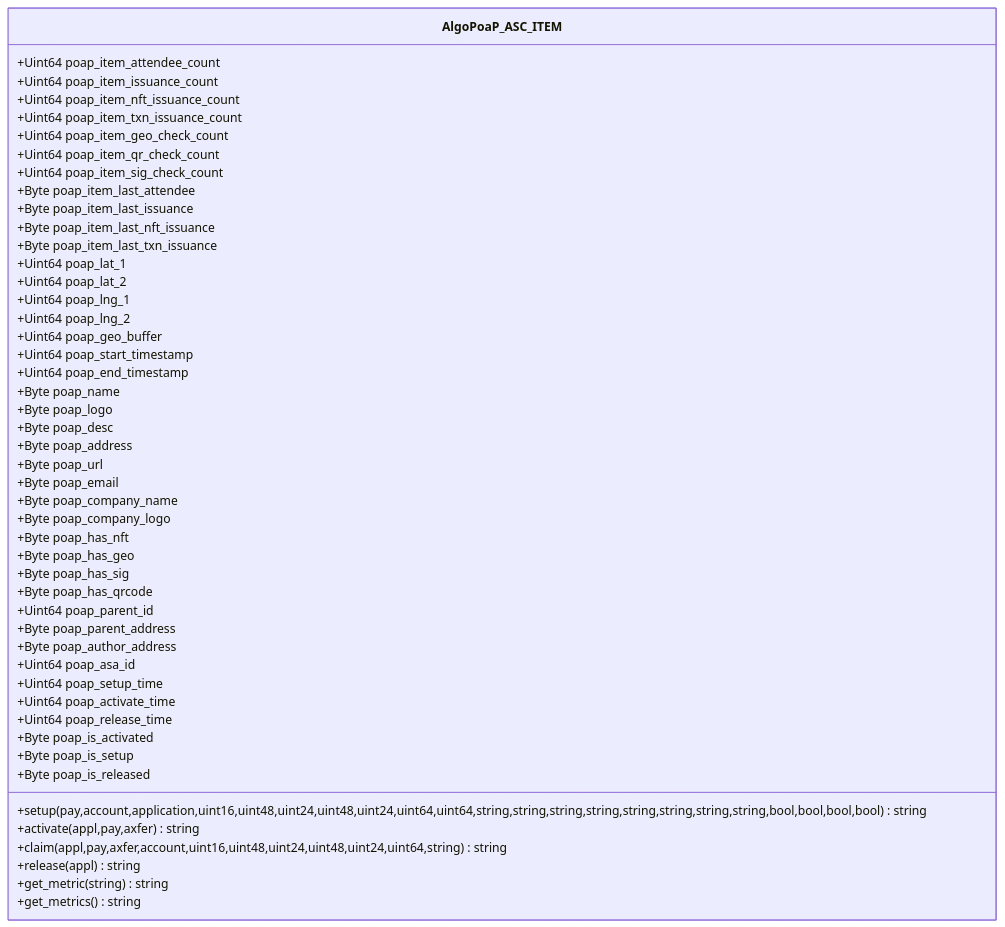
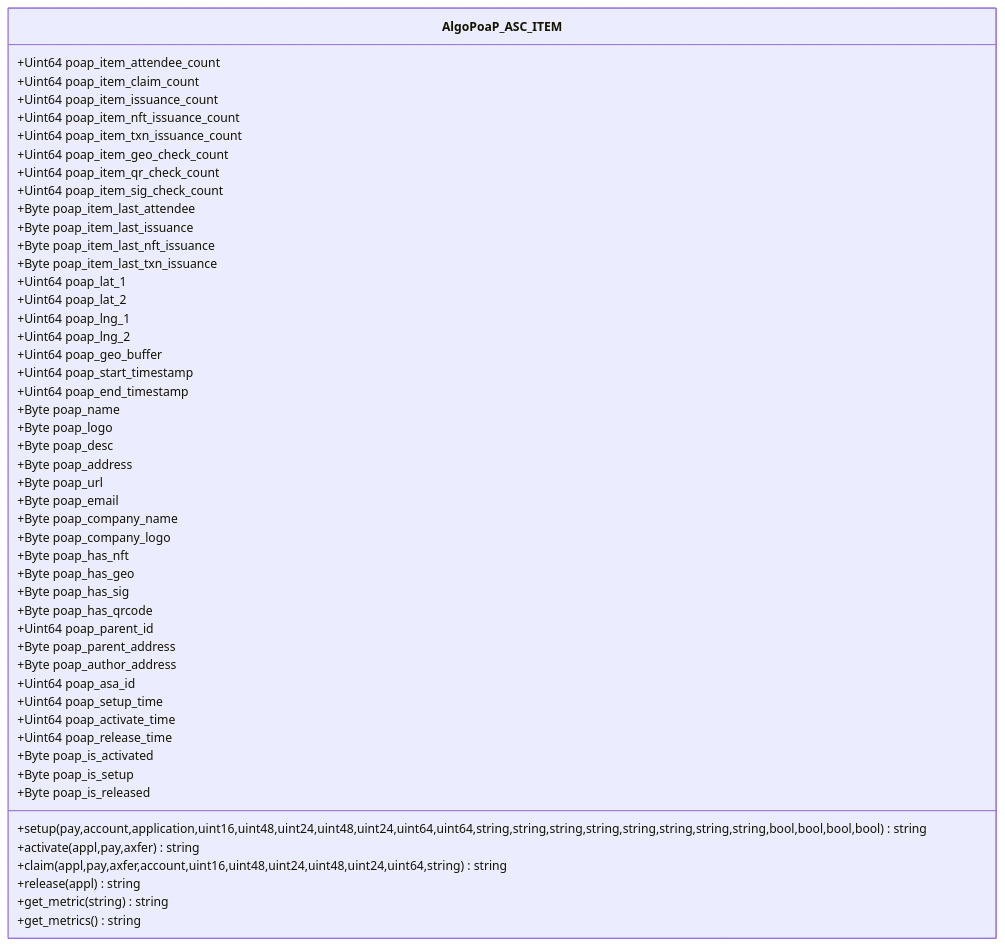
The tenth of 10 diagrams in profile/README.md (GoPlausible/.github), drawn with Mermaid before and after one commit.

````diff
--- a/profile/README.md
+++ b/profile/README.md
@@ -596,67 +596,68 @@
 ```mermaid
   classDiagram
     class AlgoPoaP_ASC_ITEM
     AlgoPoaP_ASC_ITEM : +Uint64 poap_item_attendee_count
+    AlgoPoaP_ASC_ITEM : +Uint64 poap_item_claim_count
     AlgoPoaP_ASC_ITEM : +Uint64 poap_item_issuance_count
     AlgoPoaP_ASC_ITEM : +Uint64 poap_item_nft_issuance_count
     AlgoPoaP_ASC_ITEM : +Uint64 poap_item_txn_issuance_count
 
     AlgoPoaP_ASC_ITEM : +Uint64 poap_item_geo_check_count
     AlgoPoaP_ASC_ITEM : +Uint64 poap_item_qr_check_count
     AlgoPoaP_ASC_ITEM : +Uint64 poap_item_sig_check_count
 
   
     AlgoPoaP_ASC_ITEM : +Byte poap_item_last_attendee
     AlgoPoaP_ASC_ITEM : +Byte poap_item_last_issuance
     AlgoPoaP_ASC_ITEM : +Byte poap_item_last_nft_issuance
     AlgoPoaP_ASC_ITEM : +Byte poap_item_last_txn_issuance
 
 
     AlgoPoaP_ASC_ITEM : +Uint64 poap_lat_1
     AlgoPoaP_ASC_ITEM : +Uint64 poap_lat_2
     AlgoPoaP_ASC_ITEM : +Uint64 poap_lng_1
     AlgoPoaP_ASC_ITEM : +Uint64 poap_lng_2
     AlgoPoaP_ASC_ITEM : +Uint64 poap_geo_buffer
     AlgoPoaP_ASC_ITEM : +Uint64 poap_start_timestamp
     AlgoPoaP_ASC_ITEM : +Uint64 poap_end_timestamp
     AlgoPoaP_ASC_ITEM : +Byte poap_name
     AlgoPoaP_ASC_ITEM : +Byte poap_logo
     AlgoPoaP_ASC_ITEM : +Byte poap_desc
     AlgoPoaP_ASC_ITEM : +Byte poap_address
     AlgoPoaP_ASC_ITEM : +Byte poap_url
     AlgoPoaP_ASC_ITEM : +Byte poap_email
     AlgoPoaP_ASC_ITEM : +Byte poap_company_name
     AlgoPoaP_ASC_ITEM : +Byte poap_company_logo
     AlgoPoaP_ASC_ITEM : +Byte poap_has_nft
     AlgoPoaP_ASC_ITEM : +Byte poap_has_geo
     AlgoPoaP_ASC_ITEM : +Byte poap_has_sig
     AlgoPoaP_ASC_ITEM : +Byte poap_has_qrcode
 
     AlgoPoaP_ASC_ITEM : +Uint64 poap_parent_id
     AlgoPoaP_ASC_ITEM : +Byte poap_parent_address
     AlgoPoaP_ASC_ITEM : +Byte poap_author_address
     AlgoPoaP_ASC_ITEM : +Uint64 poap_asa_id
-    
+
    AlgoPoaP_ASC_ITEM : +Uint64 poap_setup_time
     AlgoPoaP_ASC_ITEM : +Uint64 poap_activate_time
     AlgoPoaP_ASC_ITEM : +Uint64 poap_release_time
 
 
      AlgoPoaP_ASC_ITEM : +Byte poap_is_activated
     AlgoPoaP_ASC_ITEM : +Byte poap_is_setup
     AlgoPoaP_ASC_ITEM : +Byte poap_is_released
 
 
 
  
 
     AlgoPoaP_ASC_ITEM : +setup(pay,account,application,uint16,uint48,uint24,uint48,uint24,uint64,uint64,string,string,string,string,string,string,string,string,bool,bool,bool,bool)string
     AlgoPoaP_ASC_ITEM : +activate(appl,pay,axfer)string
     AlgoPoaP_ASC_ITEM : +claim(appl,pay,axfer,account,uint16,uint48,uint24,uint48,uint24,uint64,string)string
     AlgoPoaP_ASC_ITEM : +release(appl)string
     AlgoPoaP_ASC_ITEM : +get_metric(string)string
     AlgoPoaP_ASC_ITEM : +get_metrics()string
     
   
     
 ```
````
